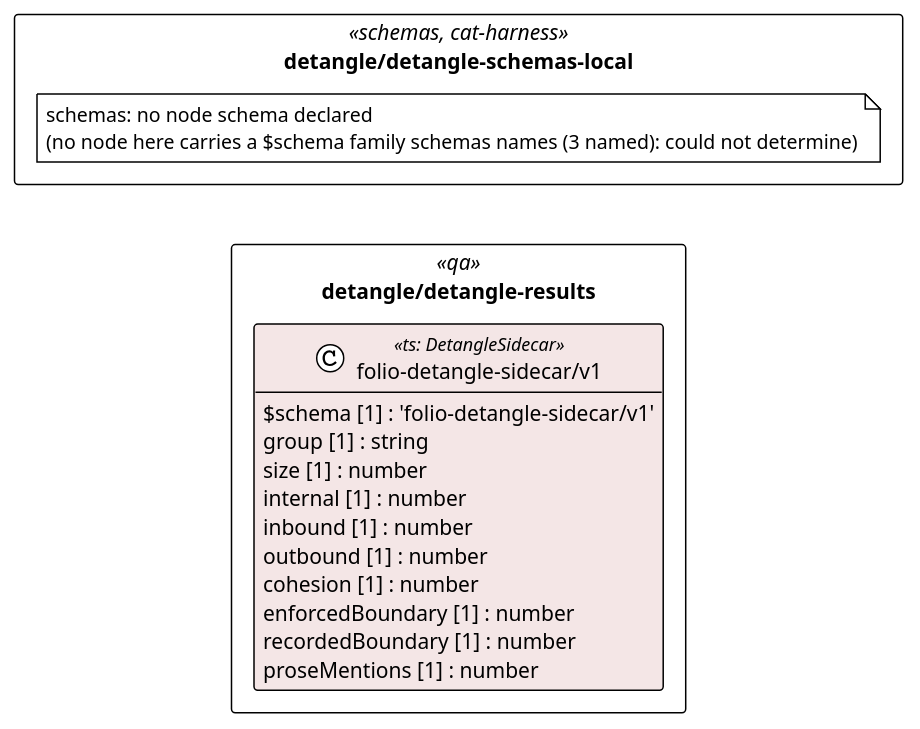
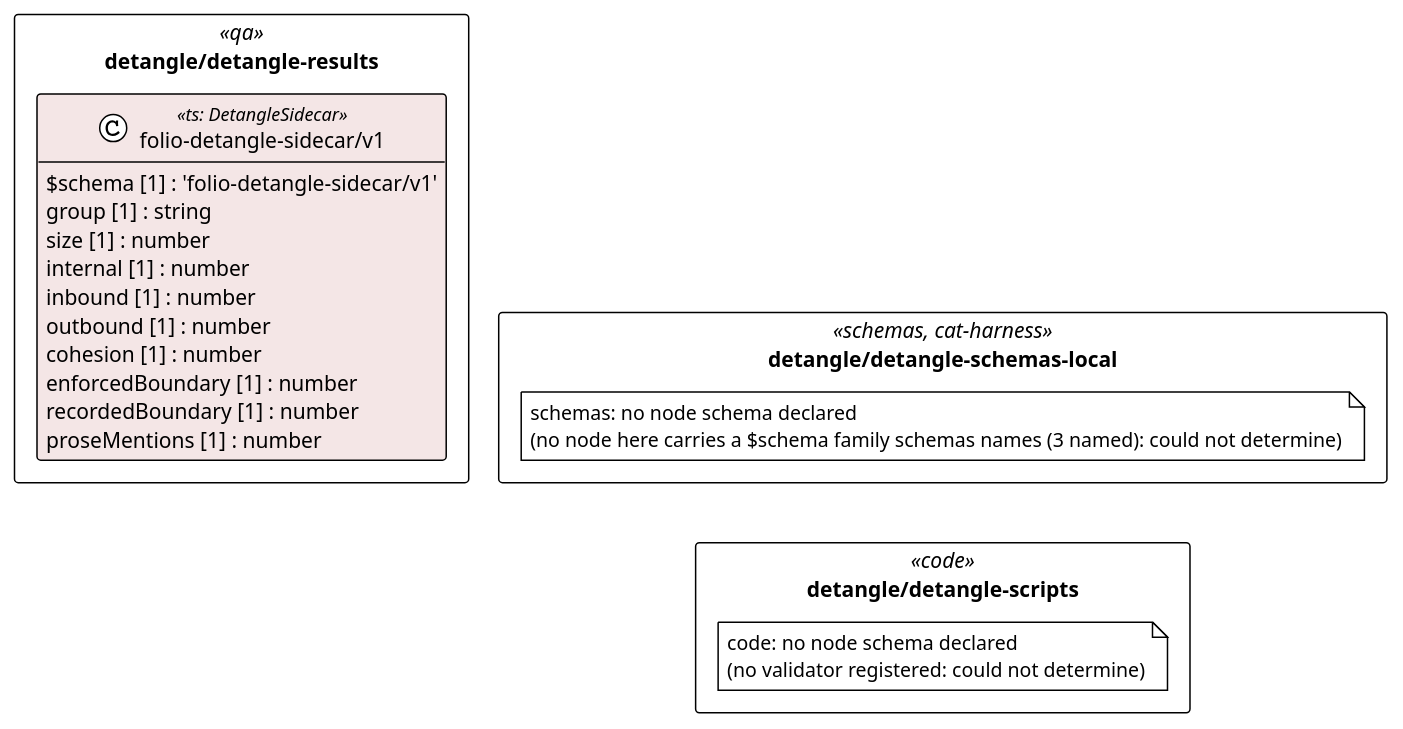
Before and after one commit to litlfred/folio-assistant: the diagram in cat-harness/uml/overview/detangle.puml, drawn with PlantUML. The commit also changed 58 other files, not shown here.

```diff
--- a/cat-harness/uml/overview/detangle.puml
+++ b/cat-harness/uml/overview/detangle.puml
@@ -3,29 +3,32 @@
 @startuml detangle
 !pragma layout elk
 !theme plain
 skinparam classAttributeIconSize 0
 skinparam shadowing false
 skinparam packageStyle rectangle
 hide empty methods
 
 package "detangle/detangle-schemas-local" as pkg_detangle_detangle_schemas_local <<schemas, cat-harness>> {
   note "schemas: no node schema declared\n(no node here carries a $schema family schemas names (3 named): could not determine)" as n_detangle_detangle_schemas_local_schemas
 }
 package "detangle/detangle-results" as pkg_detangle_detangle_results <<qa>> {
   class "folio-detangle-sidecar/v1" as detangle_detangle_results_folio_detangle_sidecar_v1 <<ts: DetangleSidecar>> #f4e6e6 {
     $schema [1] : 'folio-detangle-sidecar/v1'
     group [1] : string
     size [1] : number
     internal [1] : number
     inbound [1] : number
     outbound [1] : number
     cohesion [1] : number
     enforcedBoundary [1] : number
     recordedBoundary [1] : number
     proseMentions [1] : number
   }
 }
+package "detangle/detangle-scripts" as pkg_detangle_detangle_scripts <<code>> {
+  note "code: no node schema declared\n(no validator registered: could not determine)" as n_detangle_detangle_scripts_code
+}
 
-' grid: portrait, 1 column(s) — pkg_detangle_detangle_schemas_local pkg_detangle_detangle_results
-pkg_detangle_detangle_schemas_local -[hidden]down- pkg_detangle_detangle_results
+' grid: portrait, 2 column(s) — pkg_detangle_detangle_schemas_local pkg_detangle_detangle_results pkg_detangle_detangle_scripts
+pkg_detangle_detangle_schemas_local -[hidden]down- pkg_detangle_detangle_scripts
 @enduml
```
